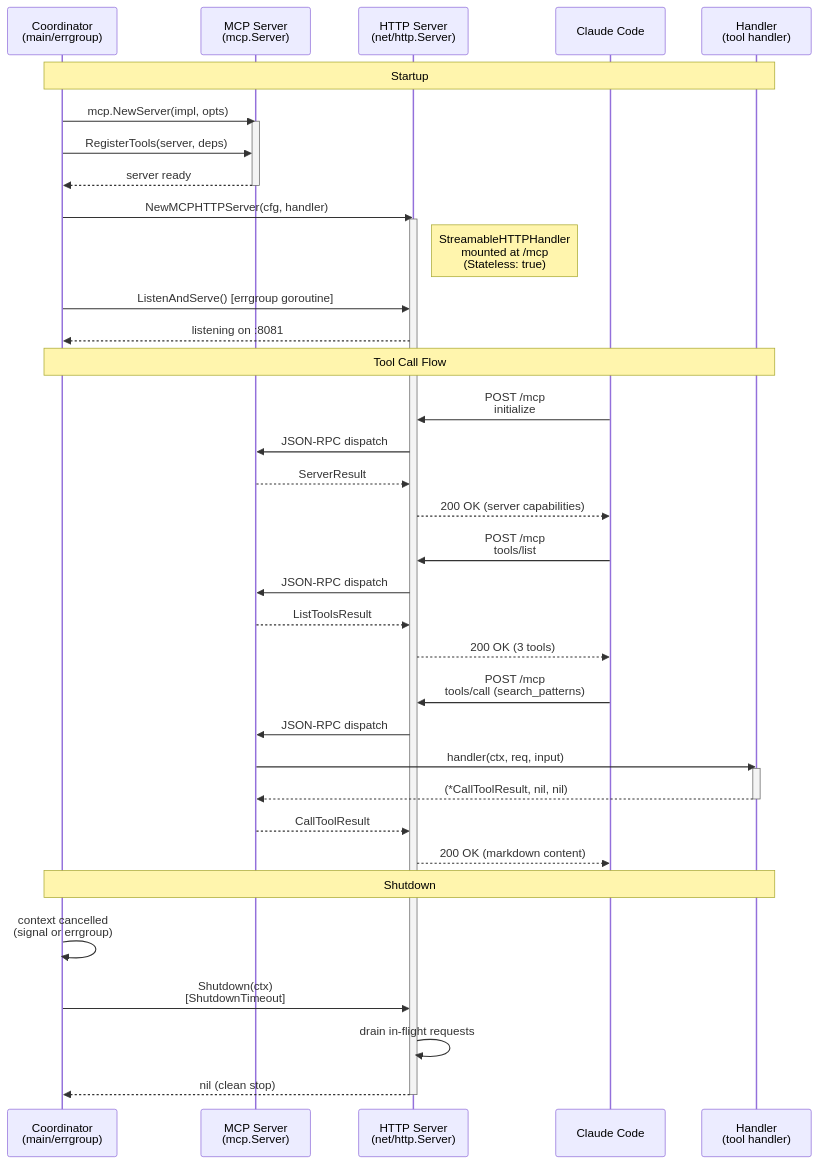
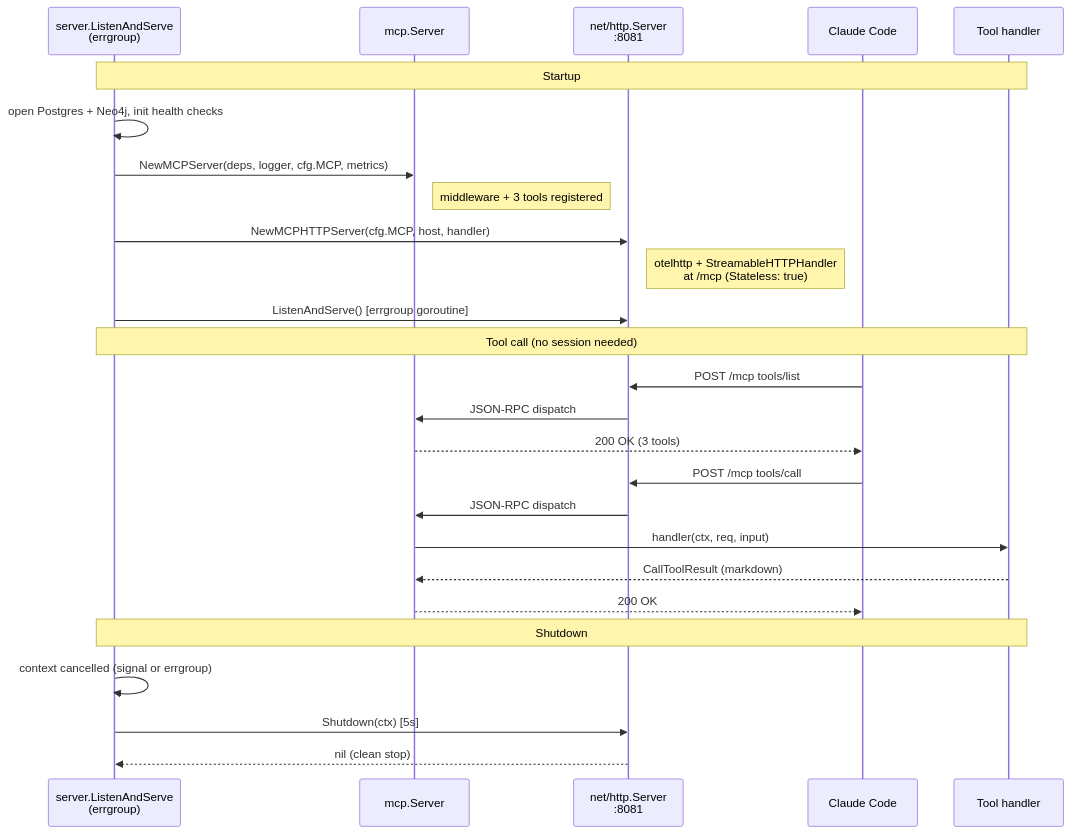
One commit to twistingmercury/mnemonic-docs changed the first of 2 diagrams in docs/design/mcp-server.md. Above: the diagram before and after it, drawn with Mermaid. The commit also changed other lines of this file and 41 other files, not shown here.

````diff
--- a/docs/design/mcp-server.md
+++ b/docs/design/mcp-server.md
@@ -132,51 +127,31 @@
 ```mermaid
 sequenceDiagram
-    participant Coord as Coordinator<br/>(main/errgroup)
-    participant MCP as MCP Server<br/>(mcp.Server)
-    participant HTTP as HTTP Server<br/>(net/http.Server)
+    participant Coord as server.ListenAndServe<br/>(errgroup)
+    participant MCP as mcp.Server
+    participant HTTP as net/http.Server<br/>:8081
     participant CC as Claude Code
-    participant TH as Handler<br/>(tool handler)
+    participant TH as Tool handler
 
     note over Coord,TH: Startup
+    Coord->>Coord: open Postgres + Neo4j, init health checks
+    Coord->>MCP: NewMCPServer(deps, logger, cfg.MCP, metrics)
+    note right of MCP: middleware + 3 tools registered
+    Coord->>HTTP: NewMCPHTTPServer(cfg.MCP, host, handler)
+    note right of HTTP: otelhttp + StreamableHTTPHandler<br/>at /mcp (Stateless: true)
+    Coord->>HTTP: ListenAndServe() [errgroup goroutine]
 
-    Coord->>MCP: mcp.NewServer(impl, opts)
-    activate MCP
-    Coord->>MCP: RegisterTools(server, deps)
-    MCP-->>Coord: server ready
-    deactivate MCP
-
-    Coord->>HTTP: NewMCPHTTPServer(cfg, handler)
-    activate HTTP
-    note right of HTTP: StreamableHTTPHandler<br/>mounted at /mcp<br/>(Stateless: true)
-    Coord->>HTTP: ListenAndServe() [errgroup goroutine]
-    HTTP-->>Coord: listening on :8081
-
-    note over Coord,TH: Tool Call Flow
-
-    CC->>HTTP: POST /mcp<br/>initialize
+    note over Coord,TH: Tool call (no session needed)
+    CC->>HTTP: POST /mcp tools/list
     HTTP->>MCP: JSON-RPC dispatch
-    MCP-->>HTTP: ServerResult
-    HTTP-->>CC: 200 OK (server capabilities)
-
-    CC->>HTTP: POST /mcp<br/>tools/list
-    HTTP->>MCP: JSON-RPC dispatch
-    MCP-->>HTTP: ListToolsResult
-    HTTP-->>CC: 200 OK (3 tools)
-
-    CC->>HTTP: POST /mcp<br/>tools/call (search_patterns)
+    MCP-->>CC: 200 OK (3 tools)
+    CC->>HTTP: POST /mcp tools/call
     HTTP->>MCP: JSON-RPC dispatch
     MCP->>TH: handler(ctx, req, input)
-    activate TH
-    TH-->>MCP: (*CallToolResult, nil, nil)
-    deactivate TH
-    MCP-->>HTTP: CallToolResult
-    HTTP-->>CC: 200 OK (markdown content)
+    TH-->>MCP: CallToolResult (markdown)
+    MCP-->>CC: 200 OK
 
     note over Coord,TH: Shutdown
-
-    Coord->>Coord: context cancelled<br/>(signal or errgroup)
-    Coord->>HTTP: Shutdown(ctx)<br/>[ShutdownTimeout]
-    HTTP->>HTTP: drain in-flight requests
+    Coord->>Coord: context cancelled (signal or errgroup)
+    Coord->>HTTP: Shutdown(ctx) [5s]
     HTTP-->>Coord: nil (clean stop)
-    deactivate HTTP
 ```
````
